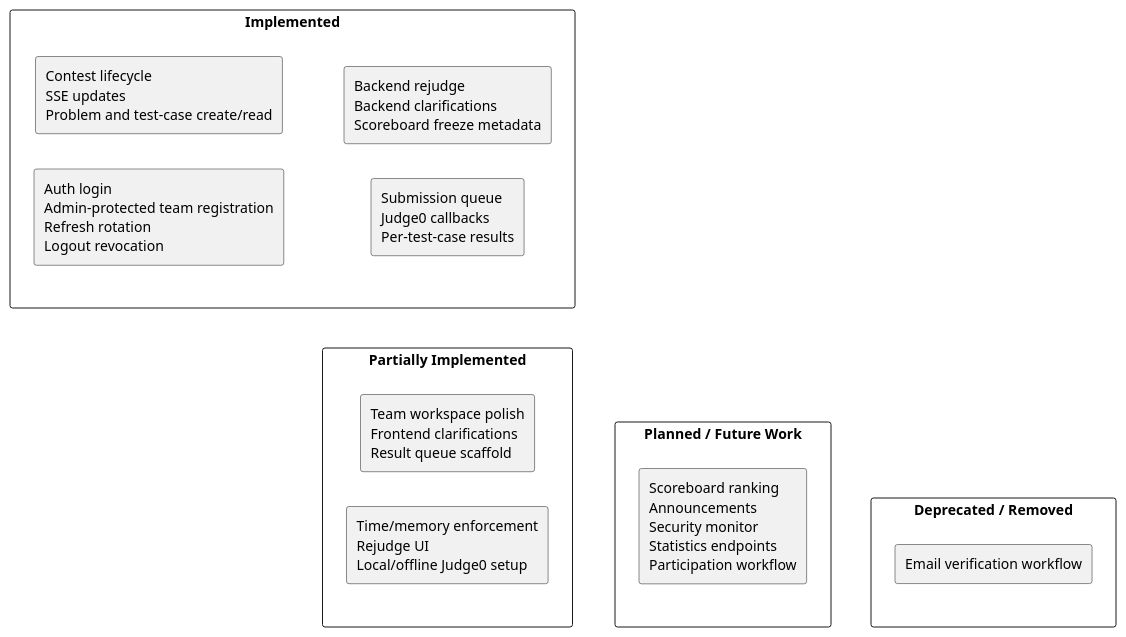
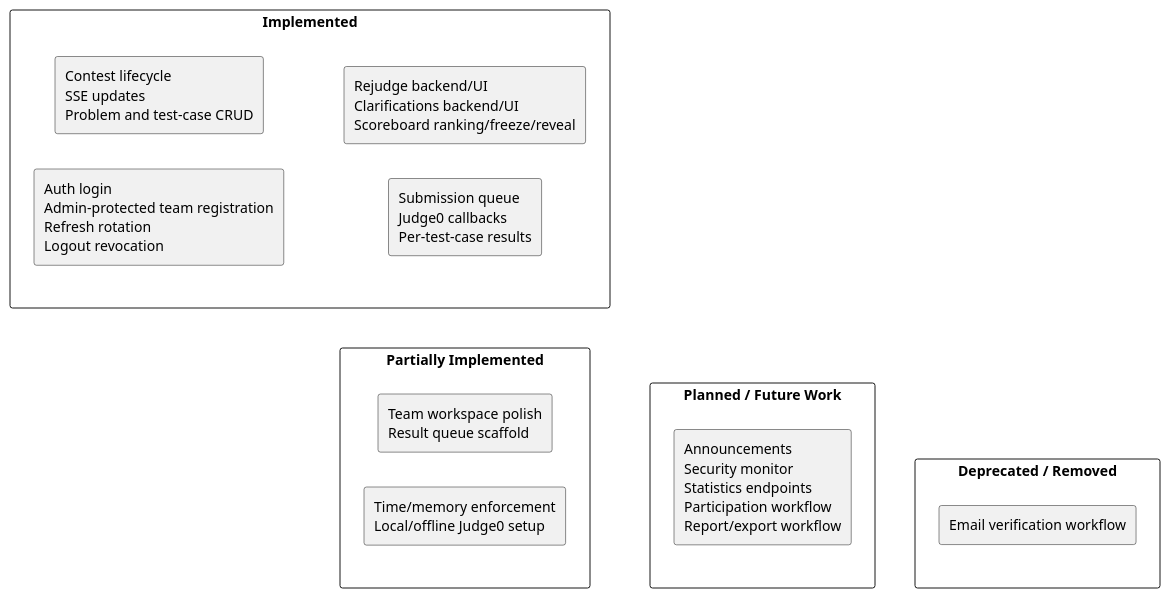
The third of 17 diagrams in docs/report-rebuild/diagram-prompts.md (AuraC-graduate-project/AuraC2), drawn with PlantUML before and after one commit. The commit also changed other lines of this file and 10 other files, not shown here.

````diff
--- a/docs/report-rebuild/diagram-prompts.md
+++ b/docs/report-rebuild/diagram-prompts.md
@@ -93,24 +93,24 @@
 ```plantuml
 @startuml
 left to right direction
 rectangle "Implemented" as I {
   rectangle "Auth login\nAdmin-protected team registration\nRefresh rotation\nLogout revocation"
-  rectangle "Contest lifecycle\nSSE updates\nProblem and test-case create/read"
+  rectangle "Contest lifecycle\nSSE updates\nProblem and test-case CRUD"
   rectangle "Submission queue\nJudge0 callbacks\nPer-test-case results"
-  rectangle "Backend rejudge\nBackend clarifications\nScoreboard freeze metadata"
+  rectangle "Rejudge backend/UI\nClarifications backend/UI\nScoreboard ranking/freeze/reveal"
 }
 rectangle "Partially Implemented" as P {
-  rectangle "Team workspace polish\nFrontend clarifications\nResult queue scaffold"
-  rectangle "Time/memory enforcement\nRejudge UI\nLocal/offline Judge0 setup"
+  rectangle "Team workspace polish\nResult queue scaffold"
+  rectangle "Time/memory enforcement\nLocal/offline Judge0 setup"
 }
 rectangle "Planned / Future Work" as F {
-  rectangle "Scoreboard ranking\nAnnouncements\nSecurity monitor\nStatistics endpoints\nParticipation workflow"
+  rectangle "Announcements\nSecurity monitor\nStatistics endpoints\nParticipation workflow\nReport/export workflow"
 }
 rectangle "Deprecated / Removed" as R {
   rectangle "Email verification workflow"
 }
 I -[hidden]-> P
 P -[hidden]-> F
 F -[hidden]-> R
 @enduml
 ```
````
